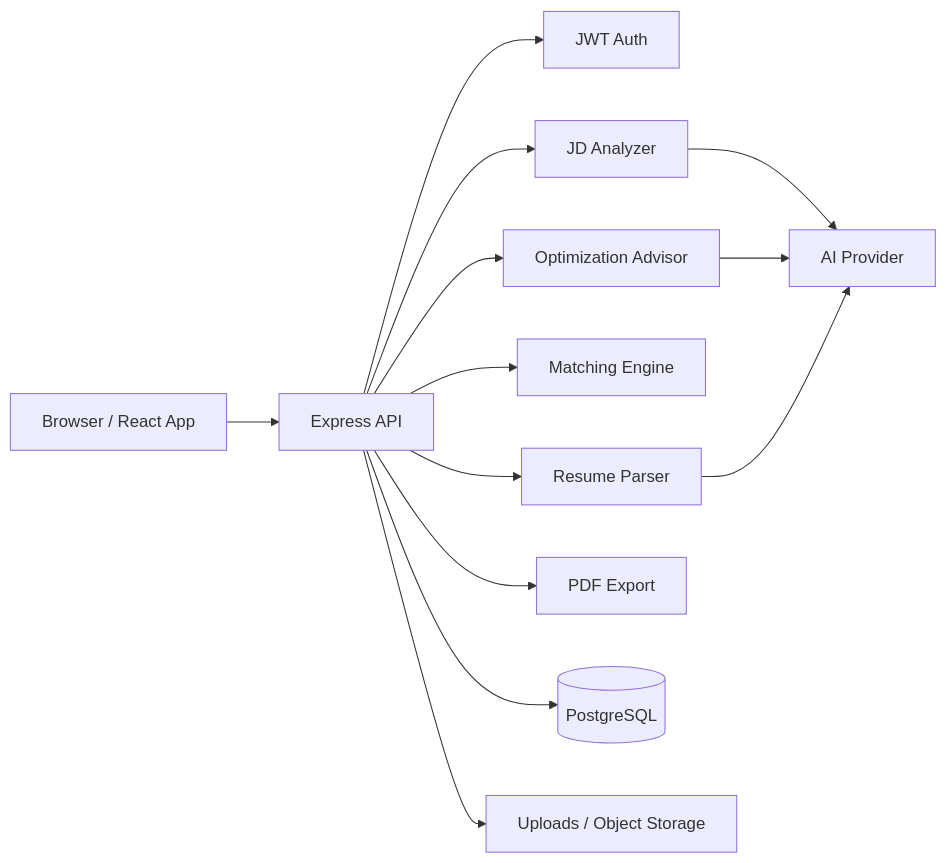
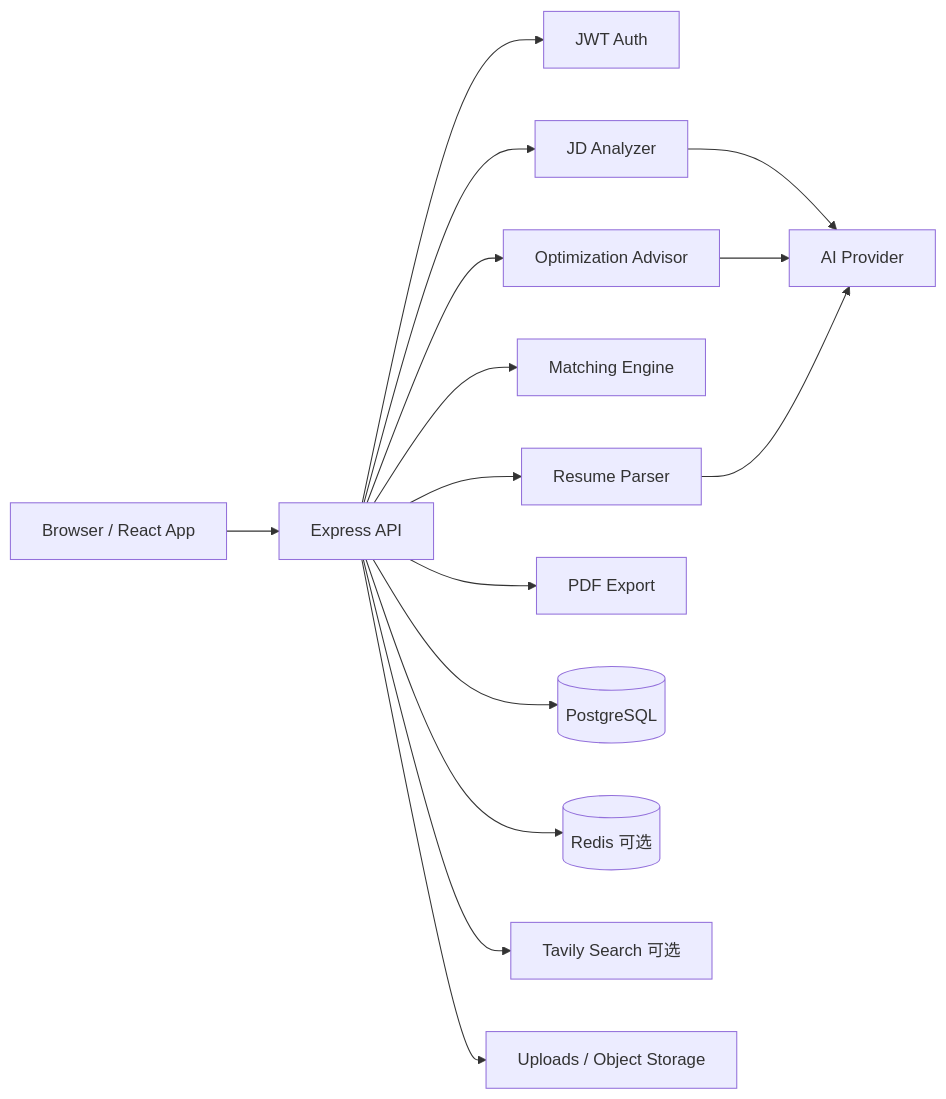
The diagram in README.md (uuoov/resume-coach-platform), drawn with Mermaid before and after one commit. The commit also changed other lines of this file and 13 other files, not shown here.

````diff
--- a/README.md
+++ b/README.md
@@ -49,15 +52,17 @@
 ```mermaid
 flowchart LR
   Browser["Browser / React App"] --> API["Express API"]
   API --> Auth["JWT Auth"]
   API --> Parser["Resume Parser"]
   API --> Analyzer["JD Analyzer"]
   API --> Matcher["Matching Engine"]
   API --> Optimizer["Optimization Advisor"]
   API --> PDF["PDF Export"]
   API --> DB[("PostgreSQL")]
+  API --> Redis[("Redis 可选")]
+  API --> Search["Tavily Search 可选"]
   API --> Files["Uploads / Object Storage"]
   Analyzer --> AI["AI Provider"]
   Optimizer --> AI
   Parser --> AI
 ```
````
